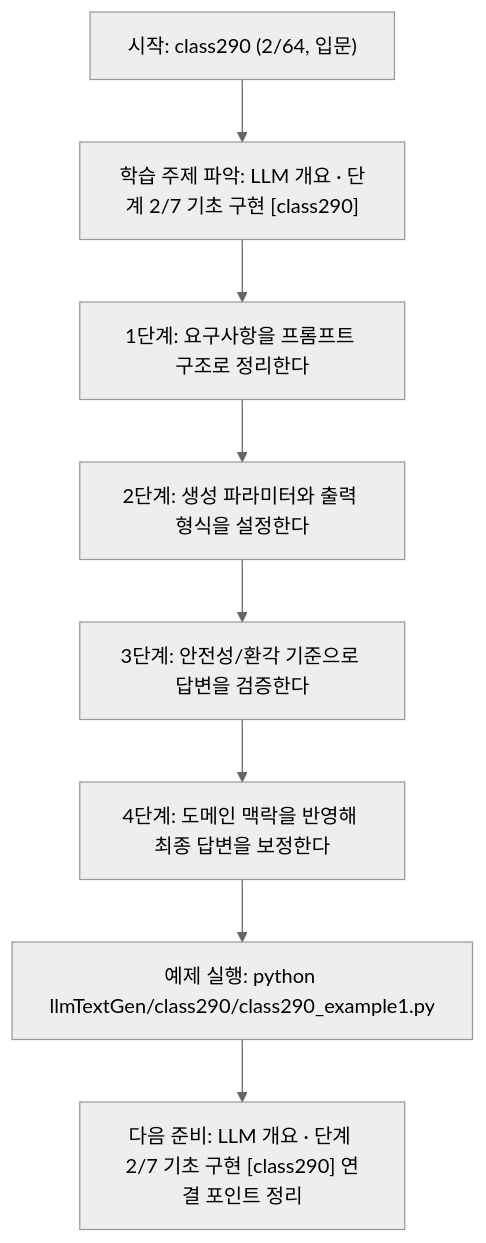
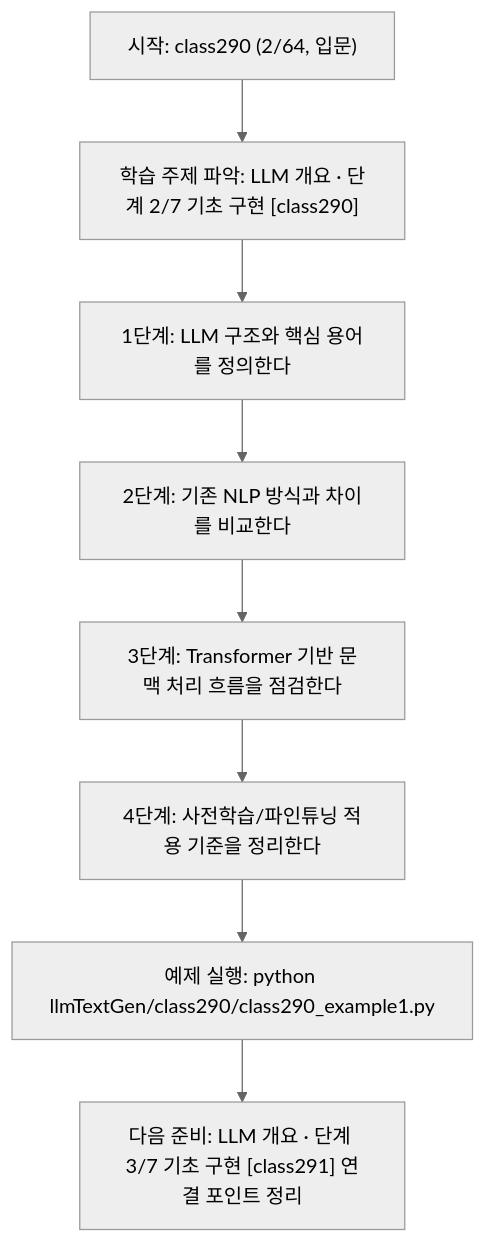
Before and after one commit to edumgt/Python-AI_Agent-Class: the diagram in llmTextGen/class290/class290.md, drawn with Mermaid (neutral theme). The commit also changed other lines of this file and 451 other files, not shown here.

````diff
--- a/llmTextGen/class290/class290.md
+++ b/llmTextGen/class290/class290.md
@@ -113,18 +95,18 @@
 ```mermaid
 flowchart TD
 N1["시작: class290 (2/64, 입문)"]
 N2["학습 주제 파악: LLM 개요 · 단계 2/7 기초 구현 [class290]"]
-N3["1단계: 요구사항을 프롬프트 구조로 정리한다"]
-N4["2단계: 생성 파라미터와 출력 형식을 설정한다"]
-N5["3단계: 안전성/환각 기준으로 답변을 검증한다"]
-N6["4단계: 도메인 맥락을 반영해 최종 답변을 보정한다"]
+N3["1단계: LLM 구조와 핵심 용어를 정의한다"]
+N4["2단계: 기존 NLP 방식과 차이를 비교한다"]
+N5["3단계: Transformer 기반 문맥 처리 흐름을 점검한다"]
+N6["4단계: 사전학습/파인튜닝 적용 기준을 정리한다"]
 N7["예제 실행: python llmTextGen/class290/class290_example1.py"]
-N8["다음 준비: LLM 개요 · 단계 2/7 기초 구현 [class290] 연결 포인트 정리"]
+N8["다음 준비: LLM 개요 · 단계 3/7 기초 구현 [class291] 연결 포인트 정리"]
 N1 --> N2
 N2 --> N3
 N3 --> N4
 N4 --> N5
 N5 --> N6
 N6 --> N7
 N7 --> N8
 ```
````
